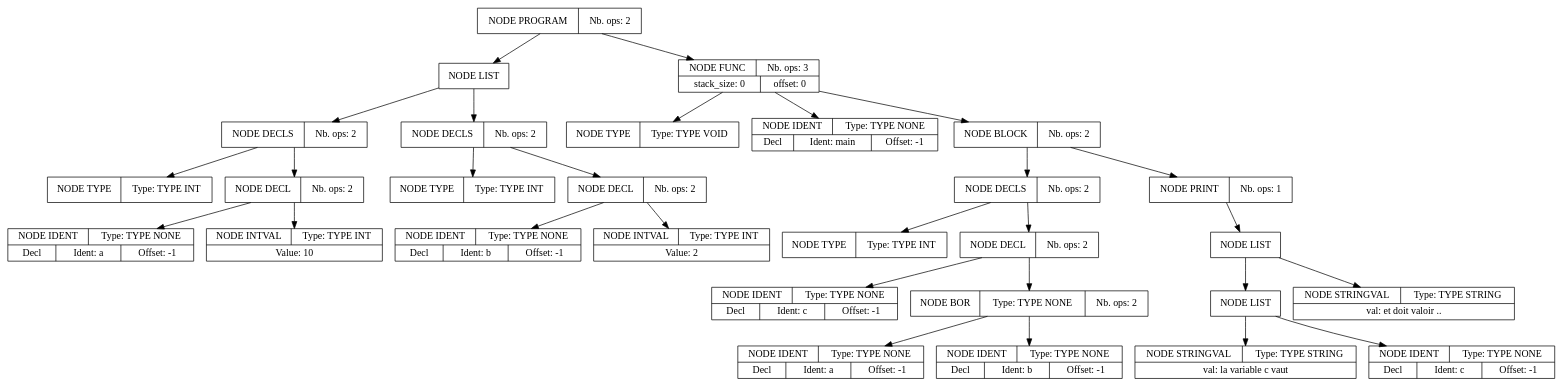
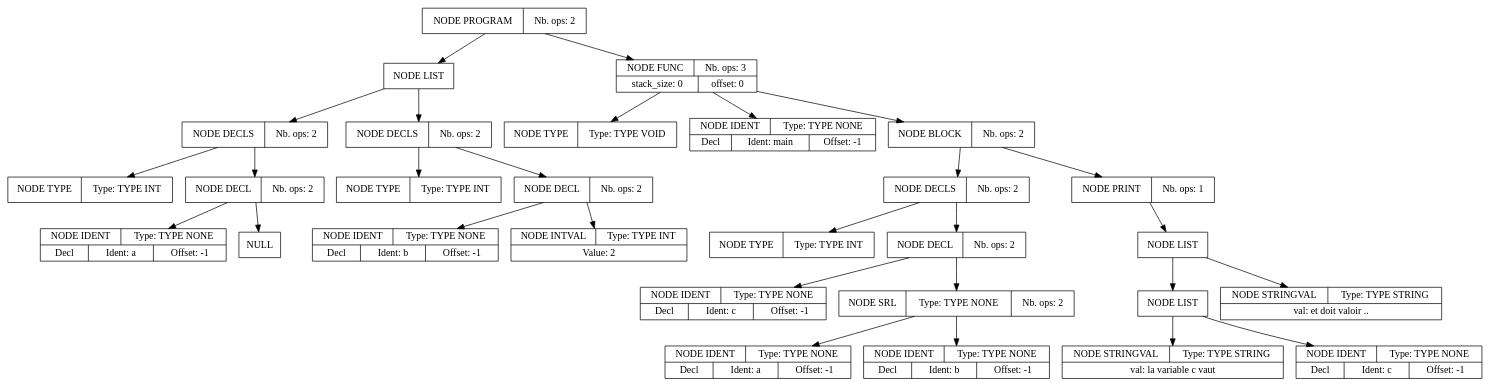
Before and after one commit to Harian-Elyoth/CompilateurMiniC: the diagram in tools/apres_syntaxe.dot, drawn with Graphviz. The commit also changed 37 other files, not shown here.

```diff
--- a/tools/apres_syntaxe.dot
+++ b/tools/apres_syntaxe.dot
@@ -1,87 +1,87 @@
 digraph global_vars {
     N1 [shape=record, label="{{NODE PROGRAM|Nb. ops: 2}}"];
     N2 [shape=record, label="{{NODE LIST}}"];
     N3 [shape=record, label="{{NODE DECLS|Nb. ops: 2}}"];
     N4 [shape=record, label="{{NODE TYPE|Type: TYPE INT}}"];
     edge[tailclip=true];
     N3 -> N4
     N5 [shape=record, label="{{NODE DECL|Nb. ops: 2}}"];
     N6 [shape=record, label="{{NODE IDENT|Type: TYPE NONE}|{<decl>Decl      |Ident: a|Offset: -1}}"];
     edge[tailclip=true];
     N5 -> N6
-    N7 [shape=record, label="{{NODE INTVAL|Type: TYPE INT}|{Value: 10}}"];
+    N7 [shape=record, label="{{NULL}}"];
     edge[tailclip=true];
     N5 -> N7
     edge[tailclip=true];
     N3 -> N5
     edge[tailclip=true];
     N2 -> N3
     N8 [shape=record, label="{{NODE DECLS|Nb. ops: 2}}"];
     N9 [shape=record, label="{{NODE TYPE|Type: TYPE INT}}"];
     edge[tailclip=true];
     N8 -> N9
     N10 [shape=record, label="{{NODE DECL|Nb. ops: 2}}"];
     N11 [shape=record, label="{{NODE IDENT|Type: TYPE NONE}|{<decl>Decl      |Ident: b|Offset: -1}}"];
     edge[tailclip=true];
     N10 -> N11
     N12 [shape=record, label="{{NODE INTVAL|Type: TYPE INT}|{Value: 2}}"];
     edge[tailclip=true];
     N10 -> N12
     edge[tailclip=true];
     N8 -> N10
     edge[tailclip=true];
     N2 -> N8
     edge[tailclip=true];
     N1 -> N2
     N13 [shape=record, label="{{NODE FUNC|Nb. ops: 3}|{stack_size: 0|offset: 0}}"];
     N14 [shape=record, label="{{NODE TYPE|Type: TYPE VOID}}"];
     edge[tailclip=true];
     N13 -> N14
     N15 [shape=record, label="{{NODE IDENT|Type: TYPE NONE}|{<decl>Decl      |Ident: main|Offset: -1}}"];
     edge[tailclip=true];
     N13 -> N15
     N16 [shape=record, label="{{NODE BLOCK|Nb. ops: 2}}"];
     N17 [shape=record, label="{{NODE DECLS|Nb. ops: 2}}"];
     N18 [shape=record, label="{{NODE TYPE|Type: TYPE INT}}"];
     edge[tailclip=true];
     N17 -> N18
     N19 [shape=record, label="{{NODE DECL|Nb. ops: 2}}"];
     N20 [shape=record, label="{{NODE IDENT|Type: TYPE NONE}|{<decl>Decl      |Ident: c|Offset: -1}}"];
     edge[tailclip=true];
     N19 -> N20
-    N21 [shape=record, label="{{NODE BOR|Type: TYPE NONE|Nb. ops: 2}}"];
+    N21 [shape=record, label="{{NODE SRL|Type: TYPE NONE|Nb. ops: 2}}"];
     N22 [shape=record, label="{{NODE IDENT|Type: TYPE NONE}|{<decl>Decl      |Ident: a|Offset: -1}}"];
     edge[tailclip=true];
     N21 -> N22
     N23 [shape=record, label="{{NODE IDENT|Type: TYPE NONE}|{<decl>Decl      |Ident: b|Offset: -1}}"];
     edge[tailclip=true];
     N21 -> N23
     edge[tailclip=true];
     N19 -> N21
     edge[tailclip=true];
     N17 -> N19
     edge[tailclip=true];
     N16 -> N17
     N24 [shape=record, label="{{NODE PRINT|Nb. ops: 1}}"];
     N25 [shape=record, label="{{NODE LIST}}"];
     N26 [shape=record, label="{{NODE LIST}}"];
     N27 [shape=record, label="{{NODE STRINGVAL|Type: TYPE STRING}|{val: la variable c vaut}}"];
     edge[tailclip=true];
     N26 -> N27
     N28 [shape=record, label="{{NODE IDENT|Type: TYPE NONE}|{<decl>Decl      |Ident: c|Offset: -1}}"];
     edge[tailclip=true];
     N26 -> N28
     edge[tailclip=true];
     N25 -> N26
     N29 [shape=record, label="{{NODE STRINGVAL|Type: TYPE STRING}|{val: et doit valoir ..}}"];
     edge[tailclip=true];
     N25 -> N29
     edge[tailclip=true];
     N24 -> N25
     edge[tailclip=true];
     N16 -> N24
     edge[tailclip=true];
     N13 -> N16
     edge[tailclip=true];
     N1 -> N13
 }
```
